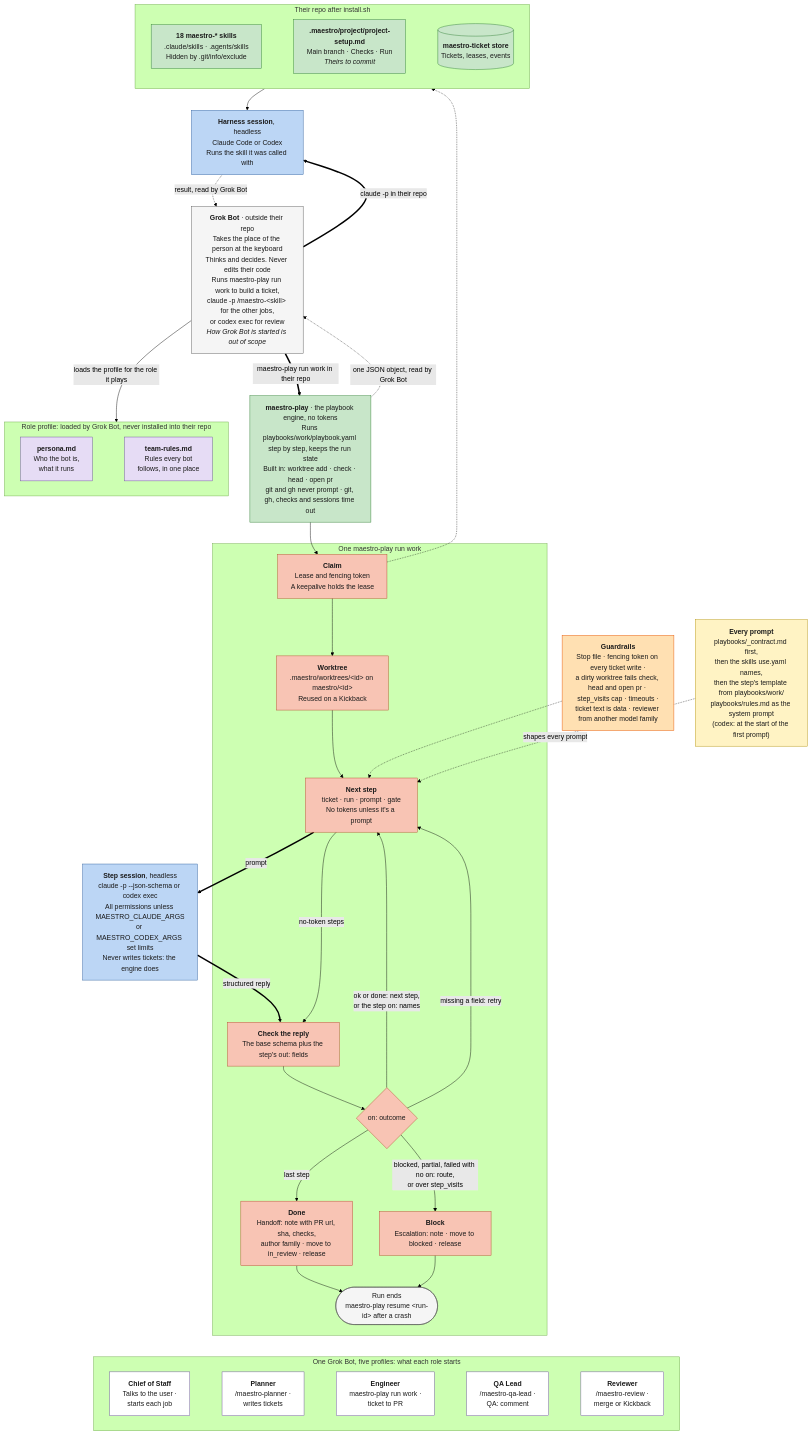
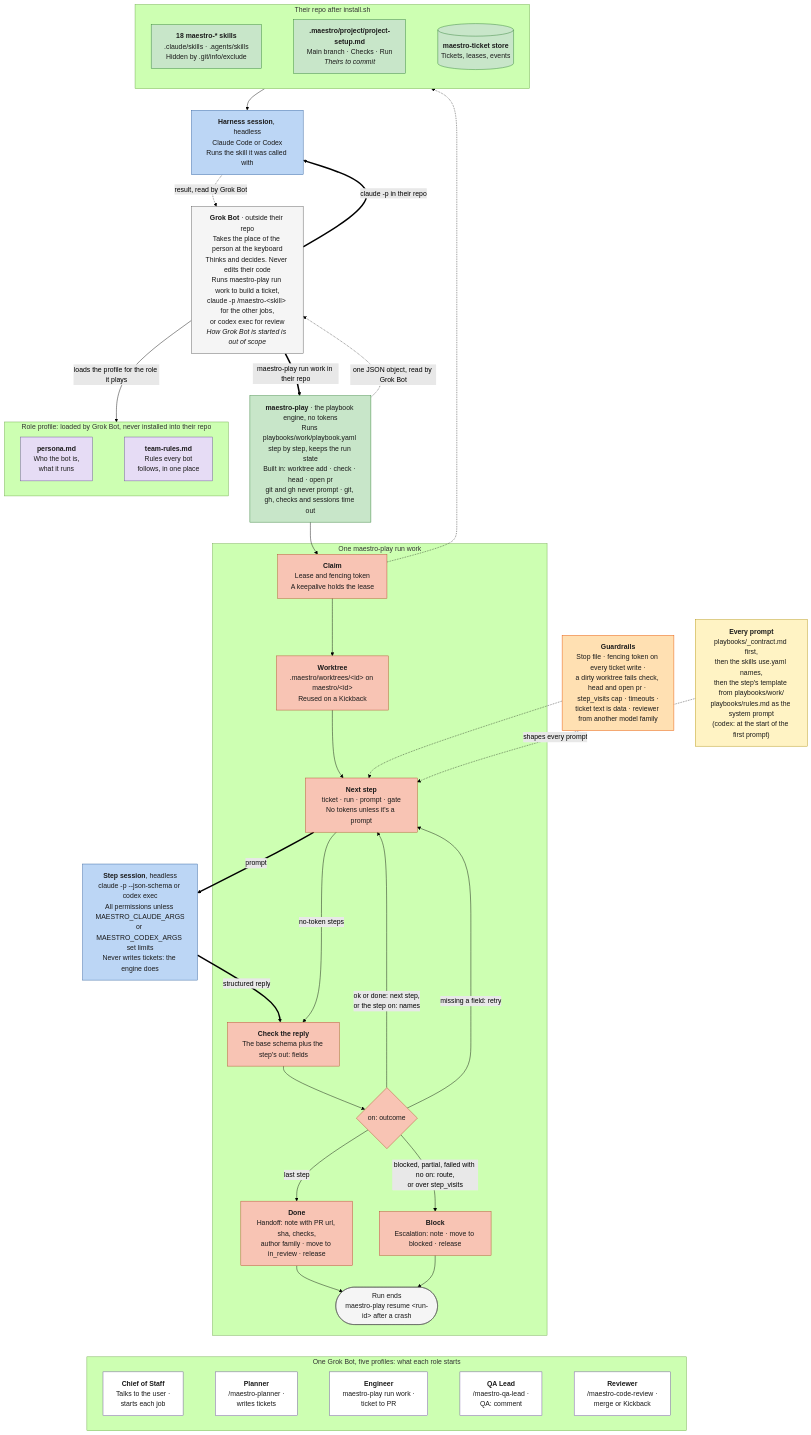
The diagram in docs/bot-anatomy.mermaid (ProlesDei/maestro), drawn with Mermaid (forest theme) before and after one commit. The commit also changed 30 other files, not shown here.

First line of the commit message:
Rework maestro-review as maestro-code-review with risk-scaled passes

```diff
--- a/docs/bot-anatomy.mermaid
+++ b/docs/bot-anatomy.mermaid
@@ -1,78 +1,78 @@
 flowchart TD
     Runtime["<b>Grok Bot</b> · outside their repo<br/>Takes the place of the person at the keyboard<br/>Thinks and decides. Never edits their code<br/>Runs maestro-play run work to build a ticket,<br/>claude -p /maestro-&lt;skill&gt; for the other jobs,<br/>or codex exec for review<br/><i>How Grok Bot is started is out of scope</i>"]
 
     subgraph Profile ["Role profile: loaded by Grok Bot, never installed into their repo"]
         direction LR
         P1["<b>persona.md</b><br/>Who the bot is,<br/>what it runs"] ~~~ P2["<b>team-rules.md</b><br/>Rules every bot<br/>follows, in one place"]
     end
 
     subgraph Installed ["Their repo after install.sh"]
         direction LR
         S1["<b>18 maestro-* skills</b><br/>.claude/skills · .agents/skills<br/>Hidden by .git/info/exclude"] ~~~ S2["<b>.maestro/project/project-setup.md</b><br/>Main branch · Checks · Run<br/><i>Theirs to commit</i>"] ~~~ S3[("<b>maestro-ticket store</b><br/>Tickets, leases, events")]
     end
 
     H["<b>Harness session</b>, headless<br/>Claude Code or Codex<br/>Runs the skill it was called with"]
 
     Engine["<b>maestro-play</b> · the playbook engine, no tokens<br/>Runs playbooks/work/playbook.yaml step by step, keeps the run state<br/>Built in: worktree add · check · head · open pr<br/>git and gh never prompt · git, gh, checks and sessions time out"]
 
     subgraph Run ["One maestro-play run work"]
         B1["<b>Claim</b><br/>Lease and fencing token<br/>A keepalive holds the lease"]
         B2["<b>Worktree</b><br/>.maestro/worktrees/&lt;id&gt; on maestro/&lt;id&gt;<br/>Reused on a Kickback"]
         B3["<b>Next step</b><br/>ticket · run · prompt · gate<br/>No tokens unless it's a prompt"]
         B4["<b>Check the reply</b><br/>The base schema plus the step's out: fields"]
         B5{"on: outcome"}
         B6["<b>Done</b><br/>Handoff: note with PR url, sha, checks,<br/>author family · move to in_review · release"]
         B7["<b>Block</b><br/>Escalation: note · move to blocked · release"]
         B8(["Run ends<br/>maestro-play resume &lt;run-id&gt; after a crash"])
     end
 
     Prompt["<b>Every prompt</b><br/>playbooks/_contract.md first,<br/>then the skills use.yaml names,<br/>then the step's template from playbooks/work/<br/>playbooks/rules.md as the system prompt<br/>(codex: at the start of the first prompt)"]
 
     Step["<b>Step session</b>, headless<br/>claude -p --json-schema or codex exec<br/>All permissions unless MAESTRO_CLAUDE_ARGS<br/>or MAESTRO_CODEX_ARGS set limits<br/>Never writes tickets: the engine does"]
 
     Guard["<b>Guardrails</b><br/>Stop file · fencing token on every ticket write ·<br/>a dirty worktree fails check, head and open pr · step_visits cap · timeouts ·<br/>ticket text is data · reviewer from another model family"]
 
     subgraph Roles ["One Grok Bot, five profiles: what each role starts"]
         direction LR
-        E1["<b>Chief of Staff</b><br/>Talks to the user ·<br/>starts each job"] ~~~ E2["<b>Planner</b><br/>/maestro-planner ·<br/>writes tickets"] ~~~ E3["<b>Engineer</b><br/>maestro-play run work ·<br/>ticket to PR"] ~~~ E4["<b>QA Lead</b><br/>/maestro-qa-lead ·<br/>QA: comment"] ~~~ E5["<b>Reviewer</b><br/>/maestro-review ·<br/>merge or Kickback"]
+        E1["<b>Chief of Staff</b><br/>Talks to the user ·<br/>starts each job"] ~~~ E2["<b>Planner</b><br/>/maestro-planner ·<br/>writes tickets"] ~~~ E3["<b>Engineer</b><br/>maestro-play run work ·<br/>ticket to PR"] ~~~ E4["<b>QA Lead</b><br/>/maestro-qa-lead ·<br/>QA: comment"] ~~~ E5["<b>Reviewer</b><br/>/maestro-code-review ·<br/>merge or Kickback"]
     end
 
     Runtime -->|"loads the profile for the role it plays"| Profile
     Runtime ==>|"claude -p in their repo"| H
     Installed --> H
     Runtime ==>|"maestro-play run work in their repo"| Engine
     Engine -.->|"one JSON object, read by Grok Bot"| Runtime
     H -.->|"result, read by Grok Bot"| Runtime
     Engine --> B1 --> B2 --> B3
     Guard -.-> B3
     Prompt -.->|"shapes every prompt"| B3
     B3 ==>|"prompt"| Step
     Step ==>|"structured reply"| B4
     B3 -->|"no-token steps"| B4
     B4 --> B5
     B5 -->|"ok or done: next step,<br/>or the step on: names"| B3
     B5 -->|"missing a field: retry"| B3
     B5 -->|"last step"| B6
     B5 -->|"blocked, partial, failed with no on: route,<br/>or over step_visits"| B7
     B6 --> B8
     B7 --> B8
     B1 -.-> Installed
     B8 ~~~ Roles
 
     classDef runtime fill:#f5f5f5,stroke:#555,color:#1a1a1a
     classDef profile fill:#e6dcf5,stroke:#6a4c9c,color:#1a1a1a
     classDef shared fill:#fff3c4,stroke:#b38f00,color:#1a1a1a
     classDef step fill:#f8c4b4,stroke:#b5472b,color:#1a1a1a
     classDef harness fill:#bcd6f5,stroke:#2f5f9e,color:#1a1a1a
     classDef ours fill:#c8e6c9,stroke:#2e7d32,color:#1a1a1a
     classDef role fill:#ffffff,stroke:#6a4c9c,color:#1a1a1a
     classDef note fill:#ffe0b2,stroke:#e65100,color:#1a1a1a
 
     class Runtime,B8 runtime
     class P1,P2 profile
     class Prompt shared
     class B1,B2,B3,B4,B5,B6,B7 step
     class H,Step harness
     class Engine,S1,S2,S3 ours
     class E1,E2,E3,E4,E5 role
     class Guard note
```
